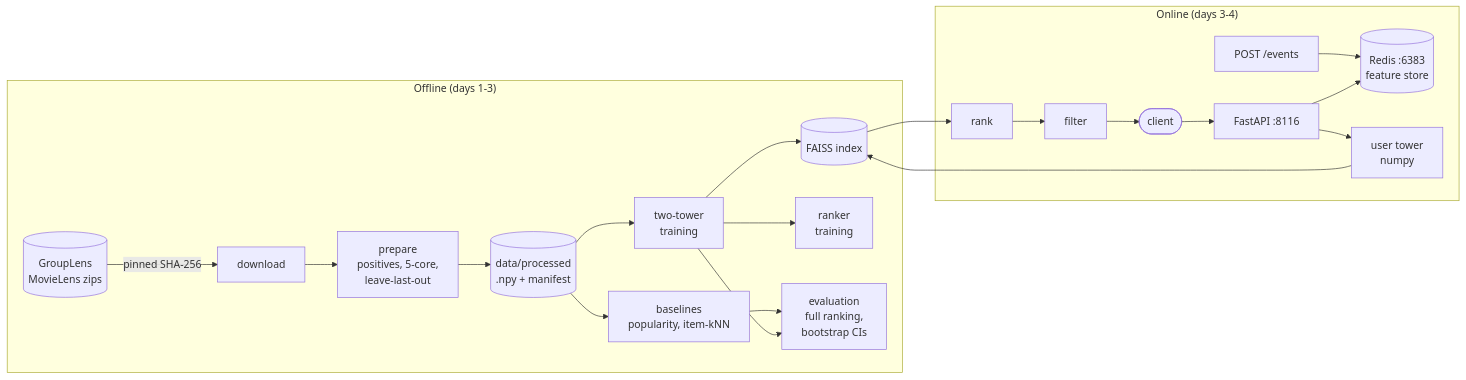
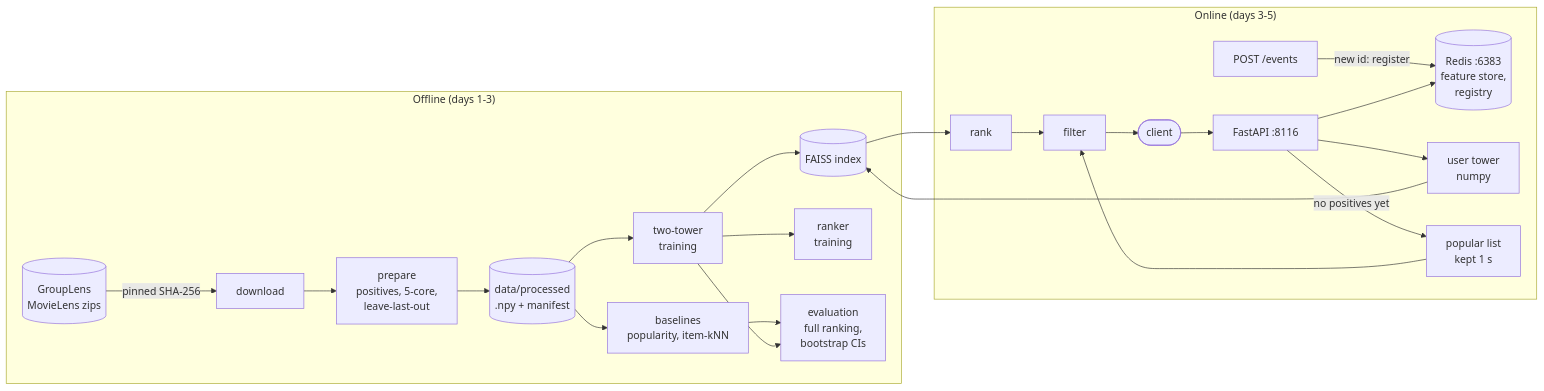
Before and after one commit to vivekdavara/signal: the diagram in README.md, drawn with Mermaid. The commit also changed other lines of this file and 1 other file, not shown here.

````diff
--- a/README.md
+++ b/README.md
@@ -16,24 +55,26 @@
 ```mermaid
 flowchart LR
   subgraph offline["Offline (days 1-3)"]
     GL[(GroupLens<br/>MovieLens zips)] -->|pinned SHA-256| DL[download]
     DL --> PR[prepare<br/>positives, 5-core,<br/>leave-last-out]
     PR --> NPY[(data/processed<br/>.npy + manifest)]
     NPY --> BL[baselines<br/>popularity, item-kNN]
     NPY --> TT[two-tower<br/>training]
     TT --> IDX[(FAISS index)]
     TT --> RK[ranker<br/>training]
     BL --> EV[evaluation<br/>full ranking,<br/>bootstrap CIs]
     TT --> EV
   end
-  subgraph online["Online (days 3-4)"]
-    EV2[POST /events] --> FS
+  subgraph online["Online (days 3-5)"]
+    EV2[POST /events] -->|new id: register| FS
     C([client]) --> API[FastAPI :8116]
-    API --> FS[(Redis :6383<br/>feature store)]
+    API --> FS[(Redis :6383<br/>feature store,<br/>registry)]
     API --> UT[user tower<br/>numpy]
     UT --> IDX
     IDX --> RANK[rank]
     RANK --> FIL[filter]
+    API -->|no positives yet| POP[popular list<br/>kept 1 s]
+    POP --> FIL
     FIL --> C
   end
 ```
````
